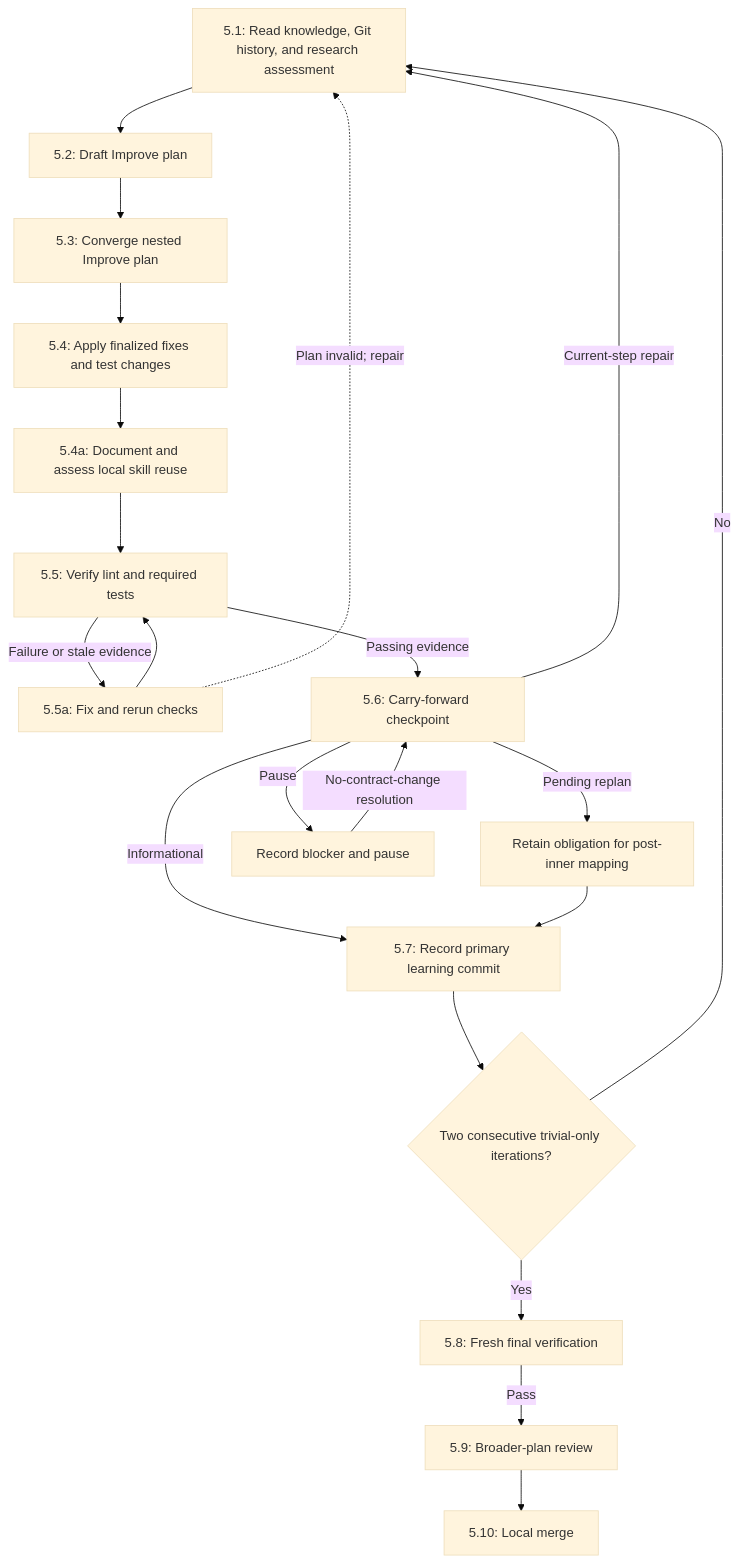
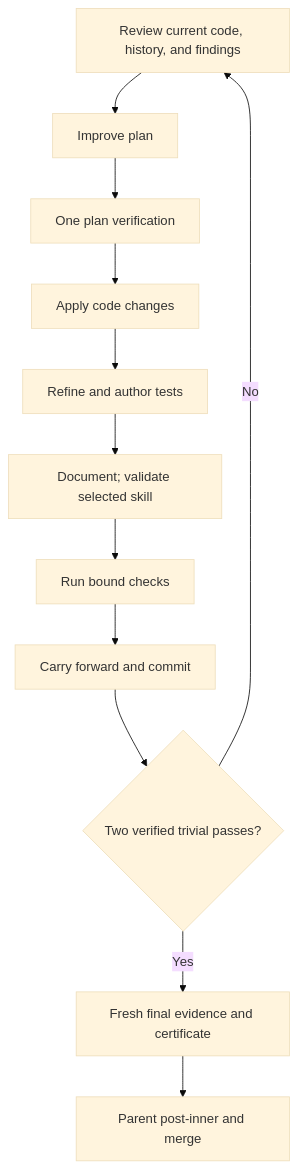
One commit to whichguy/skill-craft changed the ninth of 20 diagrams in plugins/shiploop/skills/shiploop/README.md. Above: the diagram before and after it, drawn with Mermaid (base theme). The commit also changed other lines of this file and 59 other files, not shown here.

````diff
--- a/plugins/shiploop/skills/shiploop/README.md
+++ b/plugins/shiploop/skills/shiploop/README.md
@@ -1111,23 +1191,14 @@
 ```mermaid
 flowchart TD
-    I1["5.1: Read knowledge, Git history, and research assessment"] --> I2["5.2: Draft Improve plan"]
-    I2 --> I3["5.3: Converge nested Improve plan"]
-    I3 --> I4["5.4: Apply finalized fixes and test changes"]
-    I4 --> D["5.4a: Document and assess local skill reuse"]
-    D --> I5["5.5: Verify lint and required tests"]
-    I5 -->|Failure or stale evidence| F["5.5a: Fix and rerun checks"]
-    F --> I5
-    F -.->|Plan invalid; repair| I1
-    I5 -->|Passing evidence| I6["5.6: Carry-forward checkpoint"]
-    I6 -->|Informational| I7["5.7: Record primary learning commit"]
-    I6 -->|Current-step repair| I1
-    I6 -->|Pending replan| P["Retain obligation for post-inner mapping"]
-    P --> I7
-    I6 -->|Pause| B["Record blocker and pause"]
-    B -->|No-contract-change resolution| I6
-    I7 --> G{"Two consecutive trivial-only iterations?"}
-    G -->|No| I1
-    G -->|Yes| I8["5.8: Fresh final verification"]
-    I8 -->|Pass| I9["5.9: Broader-plan review"]
-    I9 --> I10["5.10: Local merge"]
+    R["Review current code, history, and findings"] --> P["Improve plan"]
+    P --> PV["One plan verification"]
+    PV --> A["Apply code changes"]
+    A --> T["Refine and author tests"]
+    T --> D["Document; validate selected skill"]
+    D --> V["Run bound checks"]
+    V --> C["Carry forward and commit"]
+    C --> G{"Two verified trivial passes?"}
+    G -->|No| R
+    G -->|Yes| F["Fresh final evidence and certificate"]
+    F --> O["Parent post-inner and merge"]
 ```
````
